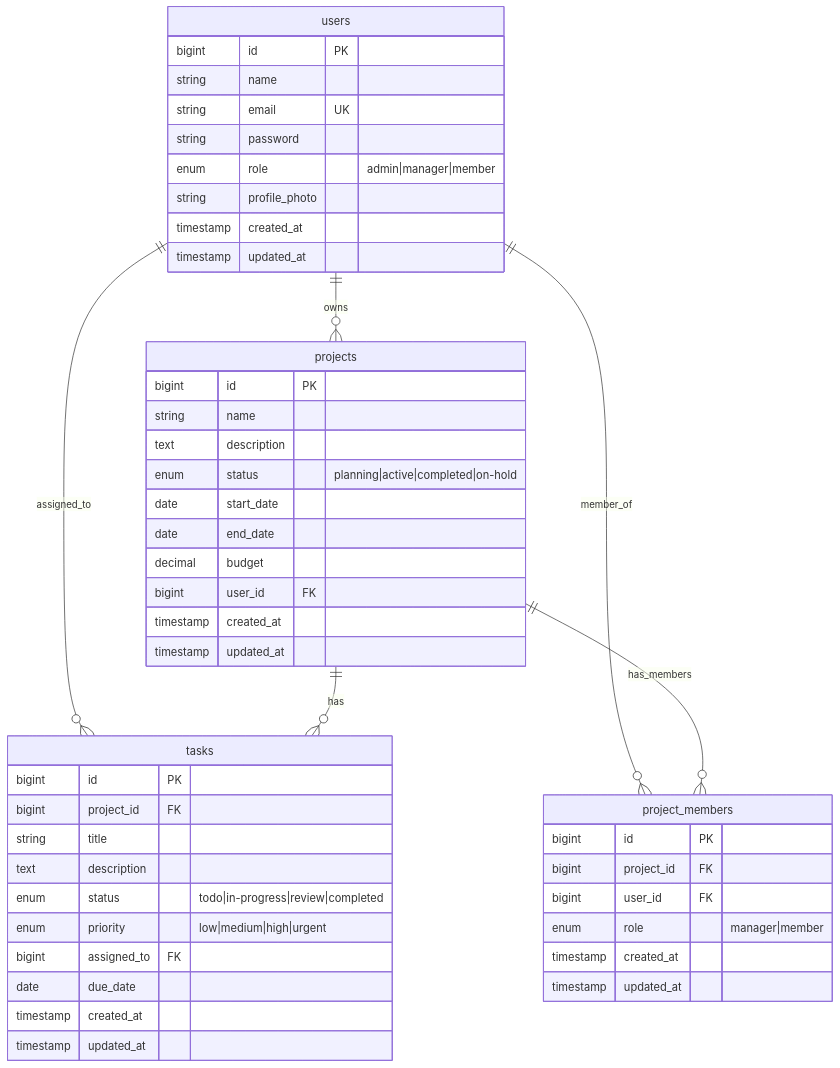
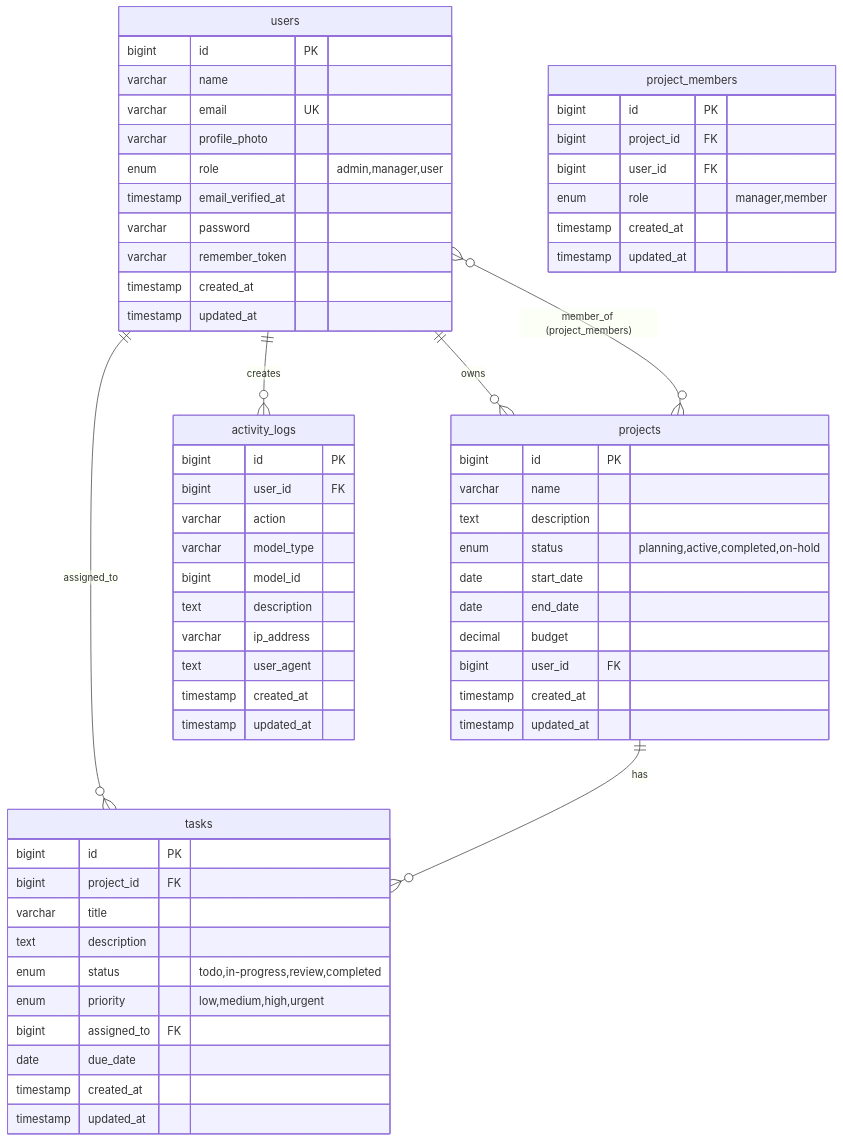
Before and after one commit to ALDY711/dokumentasi-project-manajemend-system: the first of 4 diagrams in README.md, drawn with Mermaid. The commit also changed other lines of this file, not shown here.

````diff
--- a/README.md
+++ b/README.md
@@ -80,54 +241,69 @@
 ```mermaid
 erDiagram
     users ||--o{ projects : "owns"
     users ||--o{ tasks : "assigned_to"
-    users ||--o{ project_members : "member_of"
+    users ||--o{ activity_logs : "creates"
+    users }o--o{ projects : "member_of (project_members)"
     projects ||--o{ tasks : "has"
-    projects ||--o{ project_members : "has_members"
-    
+
     users {
         bigint id PK
-        string name
-        string email UK
-        string password
-        enum role "admin|manager|member"
-        string profile_photo
+        varchar name
+        varchar email UK
+        varchar profile_photo
+        enum role "admin,manager,user"
+        timestamp email_verified_at
+        varchar password
+        varchar remember_token
         timestamp created_at
         timestamp updated_at
     }
-    
+
     projects {
         bigint id PK
-        string name
+        varchar name
         text description
-        enum status "planning|active|completed|on-hold"
+        enum status "planning,active,completed,on-hold"
         date start_date
         date end_date
         decimal budget
         bigint user_id FK
         timestamp created_at
         timestamp updated_at
     }
-    
+
     tasks {
         bigint id PK
         bigint project_id FK
-        string title
+        varchar title
         text description
-        enum status "todo|in-progress|review|completed"
-        enum priority "low|medium|high|urgent"
+        enum status "todo,in-progress,review,completed"
+        enum priority "low,medium,high,urgent"
         bigint assigned_to FK
         date due_date
         timestamp created_at
         timestamp updated_at
     }
-    
+
     project_members {
         bigint id PK
         bigint project_id FK
         bigint user_id FK
-        enum role "manager|member"
+        enum role "manager,member"
+        timestamp created_at
+        timestamp updated_at
+    }
+
+    activity_logs {
+        bigint id PK
+        bigint user_id FK
+        varchar action
+        varchar model_type
+        bigint model_id
+        text description
+        varchar ip_address
+        text user_agent
         timestamp created_at
         timestamp updated_at
     }
 ```
````
